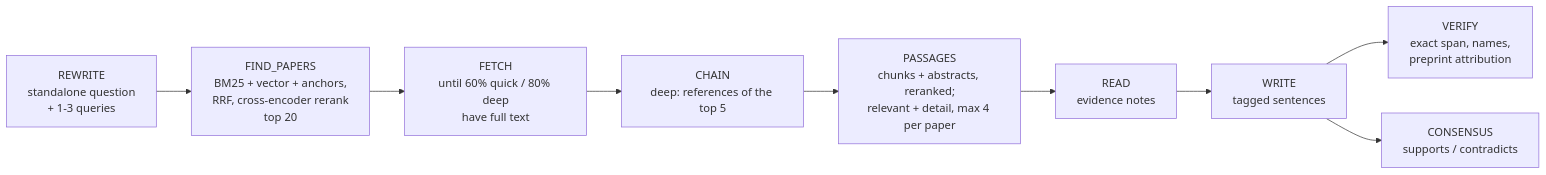
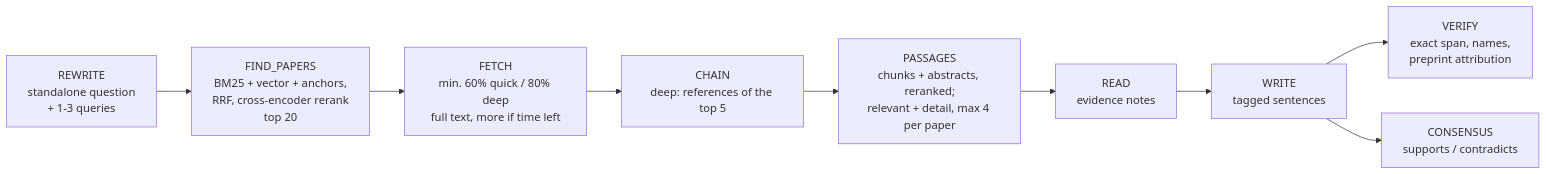
Before and after one commit to Sounabha07/Research-Paper-Search-Engine: the second of 2 diagrams in README.md, drawn with Mermaid. The commit also changed other lines of this file and 8 other files, not shown here.

````diff
--- a/README.md
+++ b/README.md
@@ -56,11 +57,11 @@
 ```mermaid
 flowchart LR
     RW[REWRITE<br/>standalone question<br/>+ 1-3 queries] --> FP[FIND_PAPERS<br/>BM25 + vector + anchors,<br/>RRF, cross-encoder rerank<br/>top 20]
-    FP --> FE[FETCH<br/>until 60% quick / 80% deep<br/>have full text]
+    FP --> FE[FETCH<br/>min. 60% quick / 80% deep<br/>full text, more if time left]
     FE --> CH[CHAIN<br/>deep: references of the top 5]
     CH --> PA[PASSAGES<br/>chunks + abstracts, reranked;<br/>relevant + detail, max 4 per paper]
     PA --> RD[READ<br/>evidence notes]
     RD --> WR[WRITE<br/>tagged sentences]
     WR --> VE[VERIFY<br/>exact span, names,<br/>preprint attribution]
     WR --> CO[CONSENSUS<br/>supports / contradicts]
 ```
````
